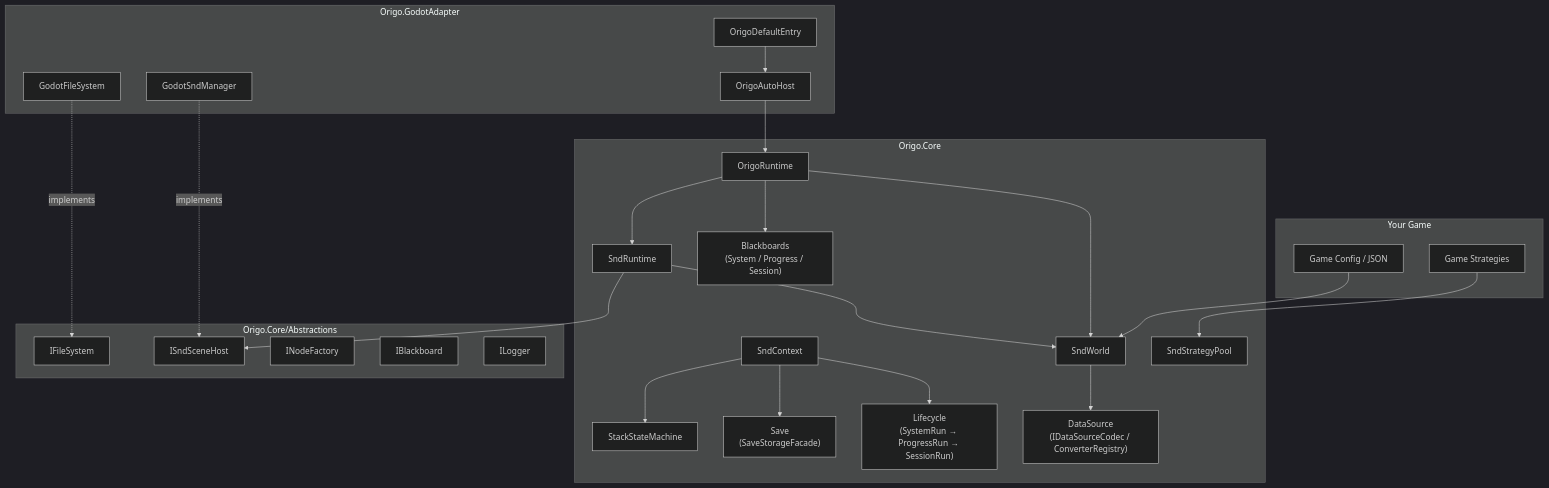
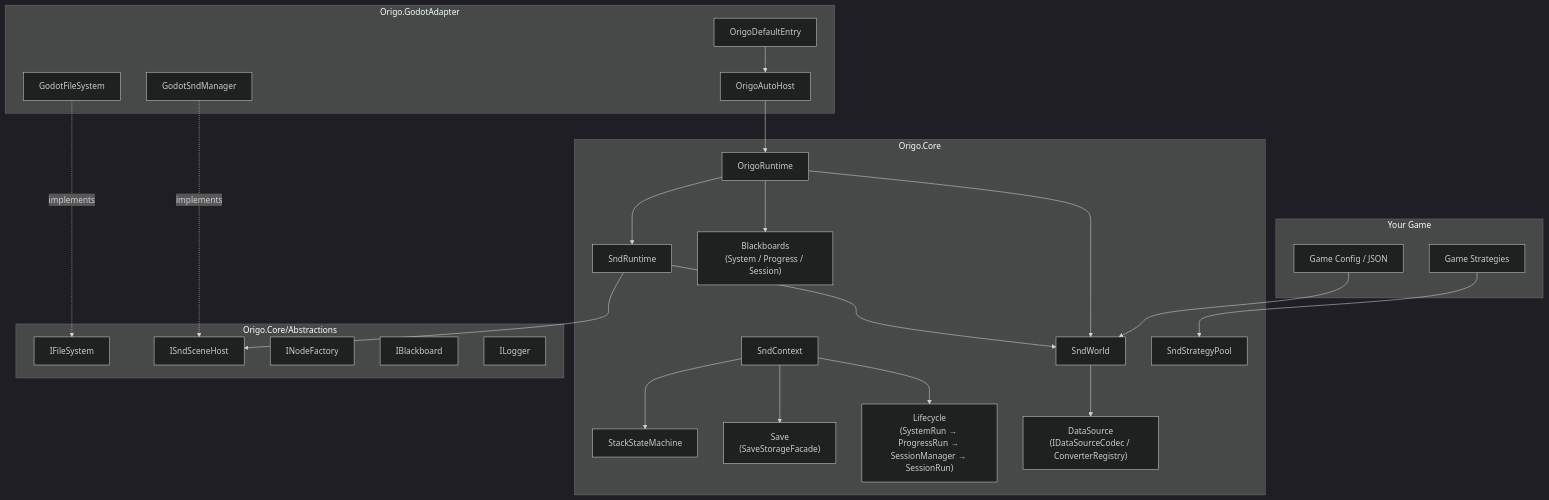
The first of 2 diagrams in README.md (51193/origo.stable), drawn with Mermaid (dark theme) before and after one commit. The commit also changed other lines of this file and 116 other files, not shown here.

````diff
--- a/README.md
+++ b/README.md
@@ -231,45 +230,45 @@
 ```mermaid
 flowchart TB
     subgraph game ["Your Game"]
         GS[Game Strategies]
         GC[Game Config / JSON]
     end
 
     subgraph adapter ["Origo.GodotAdapter"]
         Entry[OrigoDefaultEntry]
         Host[OrigoAutoHost]
         GFS[GodotFileSystem]
         GSM[GodotSndManager]
     end
 
     subgraph core ["Origo.Core"]
         RT[OrigoRuntime]
         SW[SndWorld]
         SR[SndRuntime]
         SC[SndContext]
         SP[SndStrategyPool]
         BB["Blackboards<br/>(System / Progress / Session)"]
         SM[StackStateMachine]
         SV["Save<br/>(SaveStorageFacade)"]
-        LC["Lifecycle<br/>(SystemRun → ProgressRun → SessionRun)"]
+        LC["Lifecycle<br/>(SystemRun → ProgressRun → SessionManager → SessionRun)"]
         DS["DataSource<br/>(IDataSourceCodec / ConverterRegistry)"]
     end
 
     subgraph abs ["Origo.Core/Abstractions"]
         IF[IFileSystem]
         ISH[ISndSceneHost]
         INF[INodeFactory]
         IB[IBlackboard]
         IL[ILogger]
     end
 
     GS --> SP
     GC --> SW
     Entry --> Host --> RT
     RT --> SW & SR & BB
     SW --> DS
     SC --> LC & SV & SM
     SR --> SW & ISH
     GSM -.implements.-> ISH
     GFS -.implements.-> IF
 ```
````
